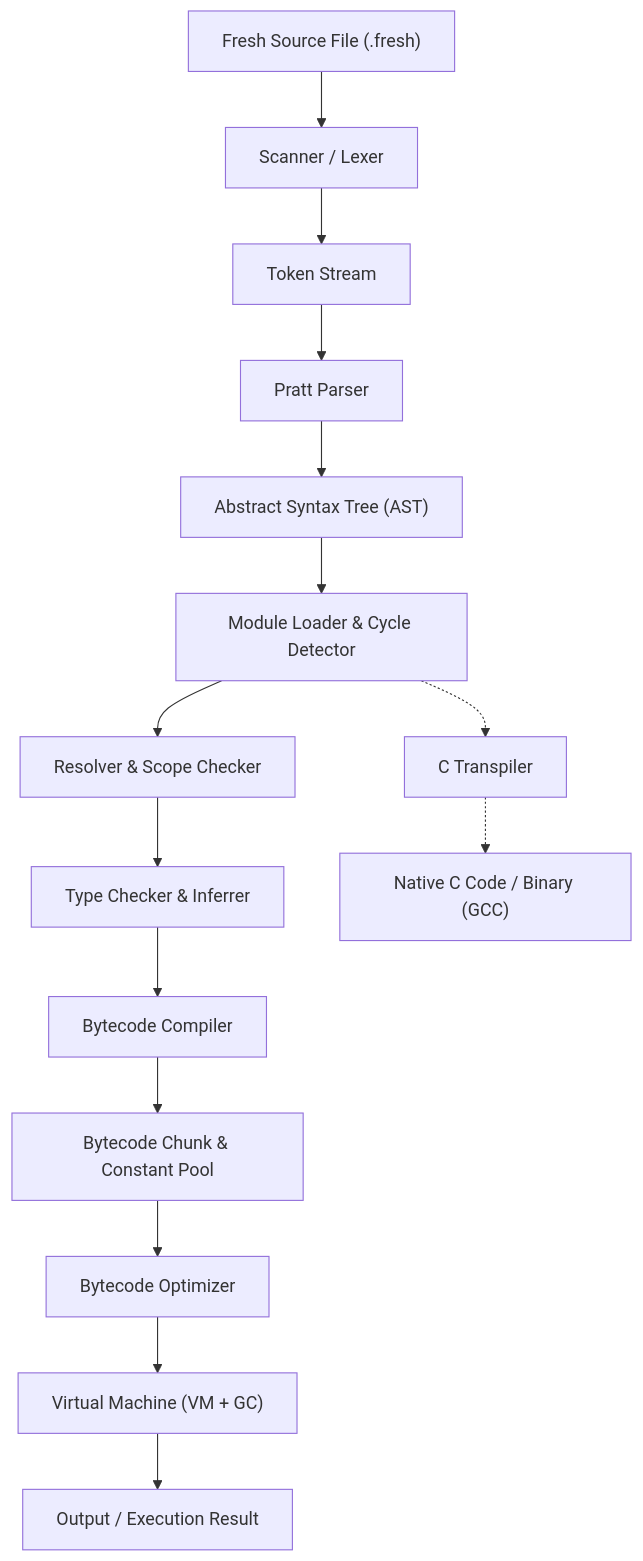
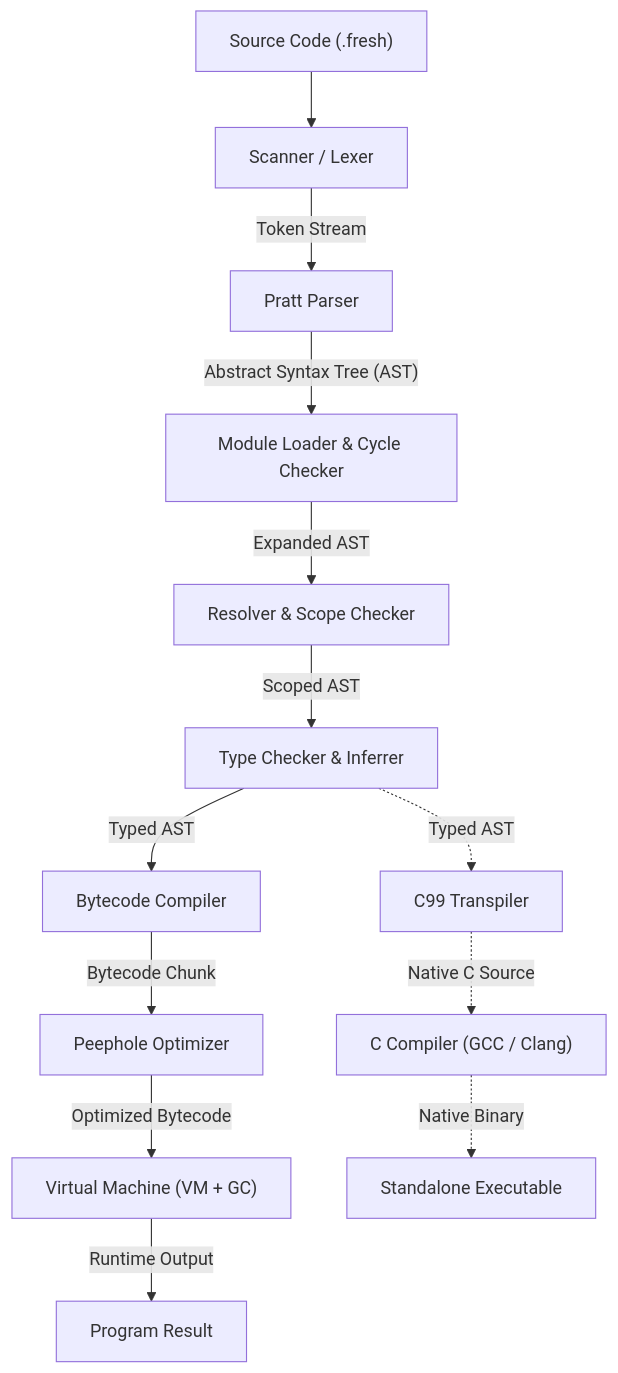
The diagram in README.md (CodeClosed/fresh-lang), drawn with Mermaid before and after one commit. The commit also changed other lines of this file and 2 other files, not shown here.

````diff
--- a/README.md
+++ b/README.md
@@ -68,18 +94,17 @@
 ```mermaid
 graph TD
-    A["Fresh Source File (.fresh)"] --> B["Scanner / Lexer"]
-    B --> C["Token Stream"]
-    C --> D["Pratt Parser"]
-    D --> E["Abstract Syntax Tree (AST)"]
-    E --> M_LOAD["Module Loader & Cycle Detector"]
-    M_LOAD --> F["Resolver & Scope Checker"]
-    F --> G["Type Checker & Inferrer"]
-    G --> H["Bytecode Compiler"]
-    H --> I["Bytecode Chunk & Constant Pool"]
-    I --> J["Bytecode Optimizer"]
-    J --> K["Virtual Machine (VM + GC)"]
-    K --> L["Output / Execution Result"]
-
-    M_LOAD -.-> M["C Transpiler"]
-    M -.-> N["Native C Code / Binary (GCC)"]
+    A["Source Code (.fresh)"] --> B["Scanner / Lexer"]
+    B -->|"Token Stream"| C["Pratt Parser"]
+    C -->|"Abstract Syntax Tree (AST)"| D["Module Loader & Cycle Checker"]
+    D -->|"Expanded AST"| E["Resolver & Scope Checker"]
+    E -->|"Scoped AST"| F["Type Checker & Inferrer"]
+    
+    F -->|"Typed AST"| G["Bytecode Compiler"]
+    G -->|"Bytecode Chunk"| H["Peephole Optimizer"]
+    H -->|"Optimized Bytecode"| I["Virtual Machine (VM + GC)"]
+    I -->|"Runtime Output"| J["Program Result"]
+    
+    F -.->|"Typed AST"| K["C99 Transpiler"]
+    K -.->|"Native C Source"| L["C Compiler (GCC / Clang)"]
+    L -.->|"Native Binary"| M["Standalone Executable"]
 ```
````
